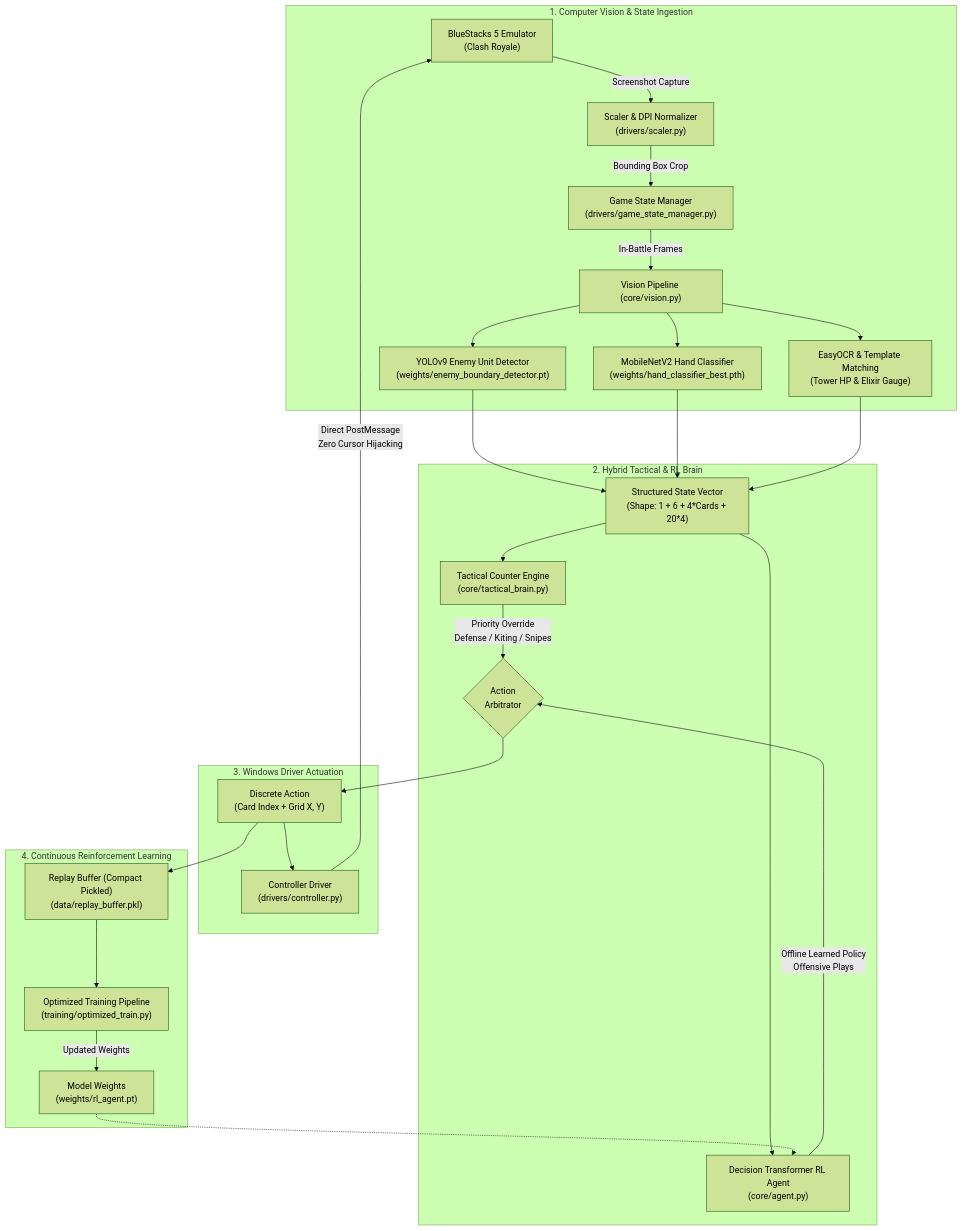
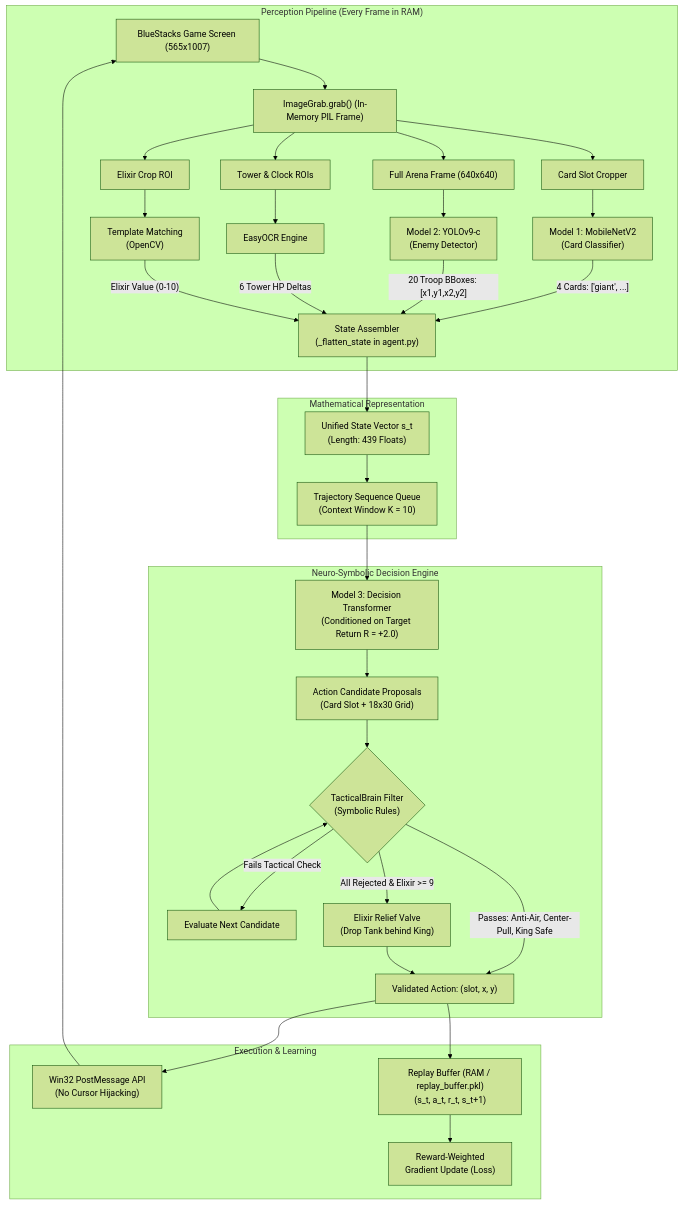
Before and after one commit to wavexnani/dl_project: the first of 2 diagrams in README.md, drawn with Mermaid (forest theme). The commit also changed other lines of this file, not shown here.

Commit message:
docs(readme): replace architecture image with detailed pipeline and tick-loop Mermaid diagrams

````diff
--- a/README.md
+++ b/README.md
@@ -17,32 +17,44 @@
 ```mermaid
-flowchart TD
-    subgraph Perception ["1. Computer Vision & State Ingestion"]
-        BS["BlueStacks 5 Emulator\n(Clash Royale)"] -->|Screenshot Capture| SC["Scaler & DPI Normalizer\n(drivers/scaler.py)"]
-        SC -->|Bounding Box Crop| GSM["Game State Manager\n(drivers/game_state_manager.py)"]
-        GSM -->|In-Battle Frames| VIS["Vision Pipeline (core/vision.py)"]
-        VIS --> YOLO["YOLOv9 Enemy Unit Detector\n(weights/enemy_boundary_detector.pt)"]
-        VIS --> MNET["MobileNetV2 Hand Classifier\n(weights/hand_classifier_best.pth)"]
-        VIS --> OCR["EasyOCR & Template Matching\n(Tower HP & Elixir Gauge)"]
+graph TD
+    subgraph S1["Perception Pipeline (Every Frame in RAM)"]
+        BS["BlueStacks Game Screen (565x1007)"] --> GRAB["ImageGrab.grab() (In-Memory PIL Frame)"]
+        GRAB --> CROP["Card Slot Cropper"]
+        GRAB --> FULL["Full Arena Frame (640x640)"]
+        GRAB --> OCR["Tower & Clock ROIs"]
+        GRAB --> ELX["Elixir Crop ROI"]
+        
+        CROP --> M1["Model 1: MobileNetV2\n(Card Classifier)"]
+        FULL --> M2["Model 2: YOLOv9-c\n(Enemy Detector)"]
+        OCR --> M_OCR["EasyOCR Engine"]
+        ELX --> M_ELX["Template Matching\n(OpenCV)"]
+        
+        M1 -->|"4 Cards: ['giant', ...]"| STATE["State Assembler\n(_flatten_state in agent.py)"]
+        M2 -->|"20 Troop BBoxes: [x1,y1,x2,y2]"| STATE
+        M_OCR -->|"6 Tower HP Deltas"| STATE
+        M_ELX -->|"Elixir Value (0-10)"| STATE
     end
 
-    subgraph Cognition ["2. Hybrid Tactical & RL Brain"]
-        YOLO & MNET & OCR --> STATE["Structured State Vector\n(Shape: 1 + 6 + 4*Cards + 20*4)"]
-        STATE --> TB["Tactical Counter Engine\n(core/tactical_brain.py)"]
-        STATE --> DT["Decision Transformer RL Agent\n(core/agent.py)"]
-        TB -->|Priority Override\nDefense / Kiting / Snipes| ARB{"Action\nArbitrator"}
-        DT -->|Offline Learned Policy\nOffensive Plays| ARB
+    subgraph S2["Mathematical Representation"]
+        STATE --> VEC["Unified State Vector s_t\n(Length: 439 Floats)"]
+        VEC --> HIST["Trajectory Sequence Queue\n(Context Window K = 10)"]
     end
 
-    subgraph Actuation ["3. Windows Driver Actuation"]
-        ARB --> ACT["Discrete Action\n(Card Index + Grid X, Y)"]
-        ACT --> CTRL["Controller Driver\n(drivers/controller.py)"]
-        CTRL -->|Direct PostMessage\nZero Cursor Hijacking| BS
+    subgraph S3["Neuro-Symbolic Decision Engine"]
+        HIST --> DT["Model 3: Decision Transformer\n(Conditioned on Target Return R = +2.0)"]
+        DT --> CAND["Action Candidate Proposals\n(Card Slot + 18x30 Grid)"]
+        
+        CAND --> TB{"TacticalBrain Filter\n(Symbolic Rules)"}
+        TB -->|"Passes: Anti-Air, Center-Pull, King Safe"| EXEC["Validated Action: (slot, x, y)"]
+        TB -->|"Fails Tactical Check"| NEXT_CAND["Evaluate Next Candidate"]
+        NEXT_CAND --> TB
+        TB -->|"All Rejected & Elixir >= 9"| RELIEF["Elixir Relief Valve\n(Drop Tank behind King)"]
+        RELIEF --> EXEC
     end
 
-    subgraph Learning ["4. Continuous Reinforcement Learning"]
-        ACT --> BUFF["Replay Buffer (Compact Pickled)\n(data/replay_buffer.pkl)"]
-        BUFF --> TRAIN["Optimized Training Pipeline\n(training/optimized_train.py)"]
-        TRAIN -->|Updated Weights| WEIGHTS["Model Weights\n(weights/rl_agent.pt)"]
-        WEIGHTS -.-> DT
+    subgraph S4["Execution & Learning"]
+        EXEC --> POST["Win32 PostMessage API\n(No Cursor Hijacking)"]
+        POST --> BS
+        EXEC --> BUFF["Replay Buffer (RAM / replay_buffer.pkl)\n(s_t, a_t, r_t, s_t+1)"]
+        BUFF --> TRAIN["Reward-Weighted\nGradient Update (Loss)"]
     end
 ```
````
